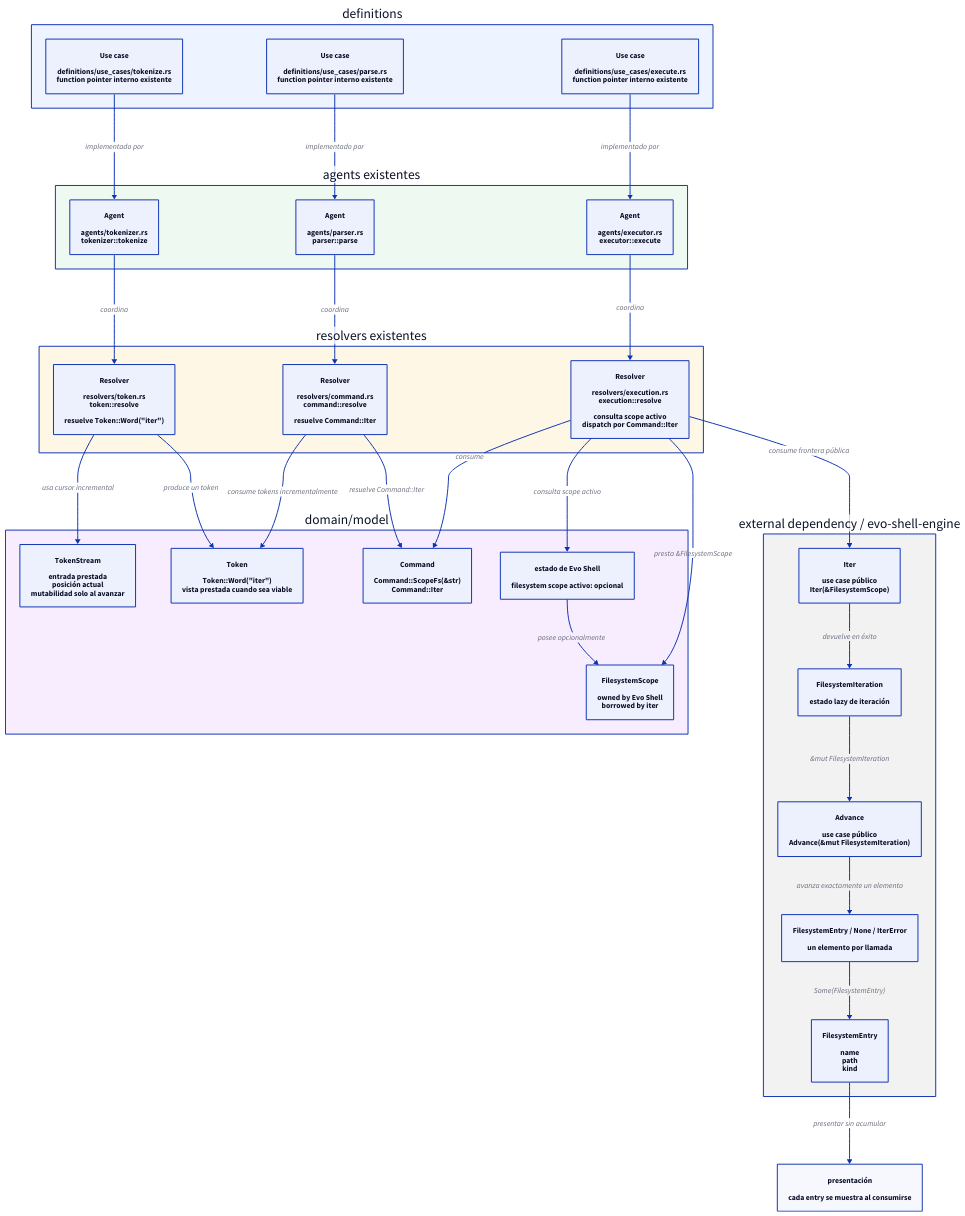
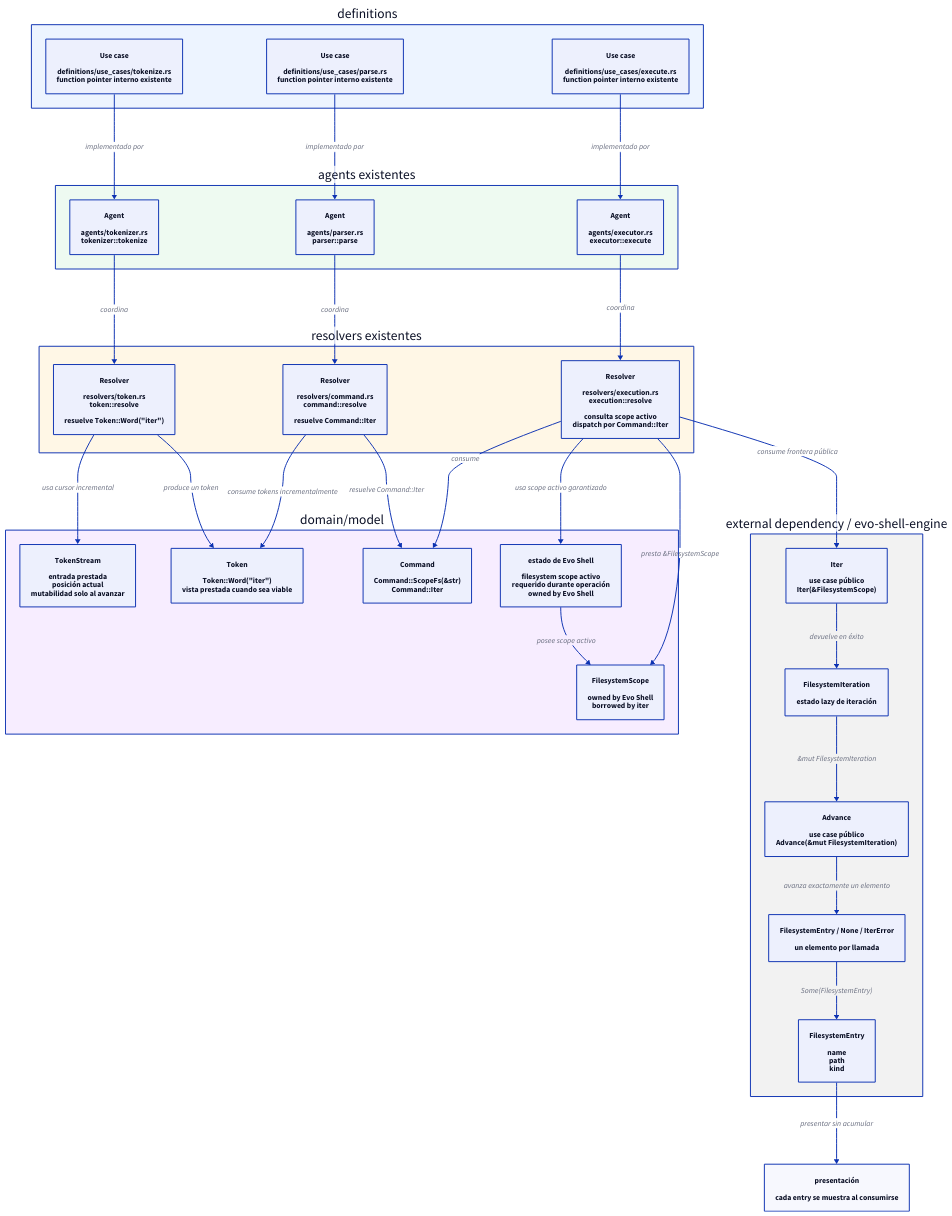
Before and after one commit to niqel/evolution: the diagram in evo-shell/technical_documentation/use_cases/UC-002-iterate-filesystem-scope-command/architecture.d2, drawn with D2. The commit also changed 13 other files, not shown here.

Commit message:
docs: require initial filesystem scope

```diff
--- a/evo-shell/technical_documentation/use_cases/UC-002-iterate-filesystem-scope-command/architecture.d2
+++ b/evo-shell/technical_documentation/use_cases/UC-002-iterate-filesystem-scope-command/architecture.d2
@@ -1,124 +1,124 @@
 direction: down
 
 definitions: "definitions" {
   style.fill: "#edf4ff"
 
   tokenize: "Use case\n\ndefinitions/use_cases/tokenize.rs\nfunction pointer interno existente" {
     shape: rectangle
   }
 
   parse: "Use case\n\ndefinitions/use_cases/parse.rs\nfunction pointer interno existente" {
     shape: rectangle
   }
 
   execute: "Use case\n\ndefinitions/use_cases/execute.rs\nfunction pointer interno existente" {
     shape: rectangle
   }
 }
 
 agents: "agents existentes" {
   style.fill: "#eefaf1"
 
   tokenizer: "Agent\n\nagents/tokenizer.rs\ntokenizer::tokenize" {
     shape: rectangle
   }
 
   parser: "Agent\n\nagents/parser.rs\nparser::parse" {
     shape: rectangle
   }
 
   executor: "Agent\n\nagents/executor.rs\nexecutor::execute" {
     shape: rectangle
   }
 }
 
 resolvers: "resolvers existentes" {
   style.fill: "#fff7e6"
 
   token: "Resolver\n\nresolvers/token.rs\ntoken::resolve\n\nresuelve Token::Word(\"iter\")" {
     shape: rectangle
   }
 
   command: "Resolver\n\nresolvers/command.rs\ncommand::resolve\n\nresuelve Command::Iter" {
     shape: rectangle
   }
 
   execution: "Resolver\n\nresolvers/execution.rs\nexecution::resolve\n\nconsulta scope activo\ndispatch por Command::Iter" {
     shape: rectangle
   }
 }
 
 domain: "domain/model" {
   style.fill: "#f7edff"
 
   token_stream: "TokenStream\n\nentrada prestada\nposición actual\nmutabilidad solo al avanzar" {
     shape: rectangle
   }
 
   token_model: "Token\n\nToken::Word(\"iter\")\nvista prestada cuando sea viable" {
     shape: rectangle
   }
 
   command_model: "Command\n\nCommand::ScopeFs(&str)\nCommand::Iter" {
     shape: rectangle
   }
 
-  shell_state: "estado de Evo Shell\n\nfilesystem scope activo: opcional" {
+  shell_state: "estado de Evo Shell\n\nfilesystem scope activo\nrequerido durante operación\nowned by Evo Shell" {
     shape: rectangle
   }
 
   filesystem_scope: "FilesystemScope\n\nowned by Evo Shell\nborrowed by iter" {
     shape: rectangle
   }
 }
 
 external: "external dependency / evo-shell-engine" {
   style.fill: "#f2f2f2"
 
   iter_use_case: "Iter\n\nuse case público\nIter(&FilesystemScope)" {
     shape: rectangle
   }
 
   filesystem_iteration: "FilesystemIteration\n\nestado lazy de iteración" {
     shape: rectangle
   }
 
   advance_use_case: "Advance\n\nuse case público\nAdvance(&mut FilesystemIteration)" {
     shape: rectangle
   }
 
   advance_result: "FilesystemEntry / None / IterError\n\nun elemento por llamada" {
     shape: rectangle
   }
 
   filesystem_entry: "FilesystemEntry\n\nname\npath\nkind" {
     shape: rectangle
   }
 }
 
 presentation: "presentación\n\ncada entry se muestra al consumirse" {
   shape: rectangle
 }
 
 definitions.tokenize -> agents.tokenizer: "implementado por"
 agents.tokenizer -> resolvers.token: "coordina"
 resolvers.token -> domain.token_stream: "usa cursor incremental"
 resolvers.token -> domain.token_model: "produce un token"
 
 definitions.parse -> agents.parser: "implementado por"
 agents.parser -> resolvers.command: "coordina"
 resolvers.command -> domain.token_model: "consume tokens incrementalmente"
 resolvers.command -> domain.command_model: "resuelve Command::Iter"
 
 definitions.execute -> agents.executor: "implementado por"
 agents.executor -> resolvers.execution: "coordina"
 resolvers.execution -> domain.command_model: "consume"
-resolvers.execution -> domain.shell_state: "consulta scope activo"
-domain.shell_state -> domain.filesystem_scope: "posee opcionalmente"
+resolvers.execution -> domain.shell_state: "usa scope activo garantizado"
+domain.shell_state -> domain.filesystem_scope: "posee scope activo"
 resolvers.execution -> domain.filesystem_scope: "presta &FilesystemScope"
 resolvers.execution -> external.iter_use_case: "consume frontera pública"
 external.iter_use_case -> external.filesystem_iteration: "devuelve en éxito"
 external.filesystem_iteration -> external.advance_use_case: "&mut FilesystemIteration"
 external.advance_use_case -> external.advance_result: "avanza exactamente un elemento"
 external.advance_result -> external.filesystem_entry: "Some(FilesystemEntry)"
 external.filesystem_entry -> presentation: "presentar sin acumular"
```
